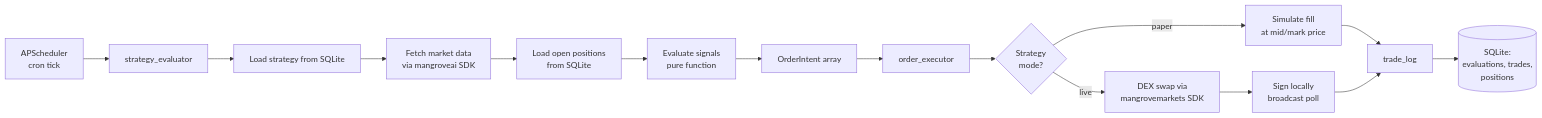
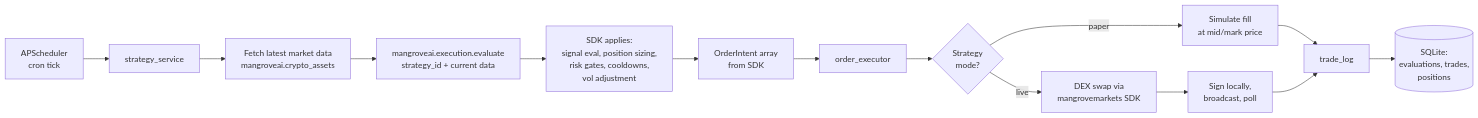
The third of 9 diagrams in docs/architecture.md (MangroveTechnologies/app-in-a-box), drawn with Mermaid before and after one commit. The commit also changed other lines of this file and 1 other file, not shown here.

First line of the commit message:
architecture + spec: kill Cloud Run, use SDK for eval, drop Hank, use template config

````diff
--- a/docs/architecture.md
+++ b/docs/architecture.md
@@ -97,17 +101,16 @@
 ```mermaid
 flowchart LR
-    A[APScheduler<br/>cron tick] --> B[strategy_evaluator]
-    B --> C[Load strategy from SQLite]
-    C --> D[Fetch market data<br/>via mangroveai SDK]
-    D --> E[Load open positions<br/>from SQLite]
-    E --> F[Evaluate signals<br/>pure function]
-    F --> G[OrderIntent array]
-    G --> H[order_executor]
-    H --> I{Strategy<br/>mode?}
-    I -->|paper| J[Simulate fill<br/>at mid/mark price]
-    I -->|live| K[DEX swap via<br/>mangrovemarkets SDK]
-    K --> L[Sign locally<br/>broadcast poll]
-    J --> M[trade_log]
-    L --> M
-    M --> N[(SQLite:<br/>evaluations, trades,<br/>positions)]
+    A[APScheduler<br/>cron tick] --> B[strategy_service]
+    B --> C[Fetch latest market data<br/>mangroveai.crypto_assets]
+    C --> D[mangroveai.execution.evaluate<br/>strategy_id + current data]
+    D --> E[SDK applies:<br/>signal eval, position sizing,<br/>risk gates, cooldowns,<br/>vol adjustment]
+    E --> F[OrderIntent array<br/>from SDK]
+    F --> G[order_executor]
+    G --> H{Strategy<br/>mode?}
+    H -->|paper| I[Simulate fill<br/>at mid/mark price]
+    H -->|live| J[DEX swap via<br/>mangrovemarkets SDK]
+    J --> K[Sign locally,<br/>broadcast, poll]
+    I --> L[trade_log]
+    K --> L
+    L --> M[(SQLite:<br/>evaluations, trades,<br/>positions)]
 ```
````
